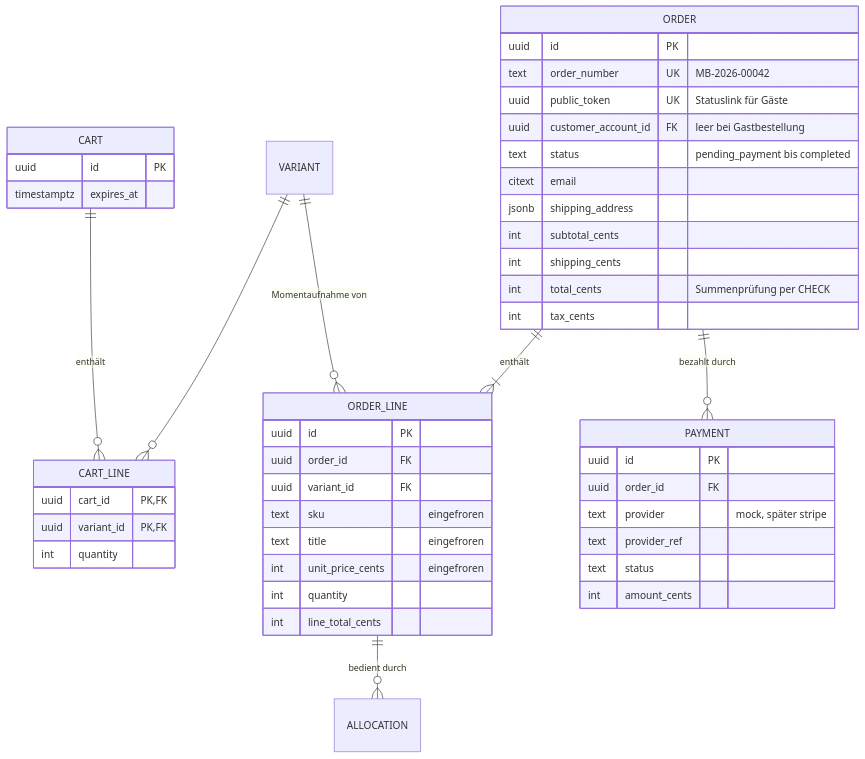
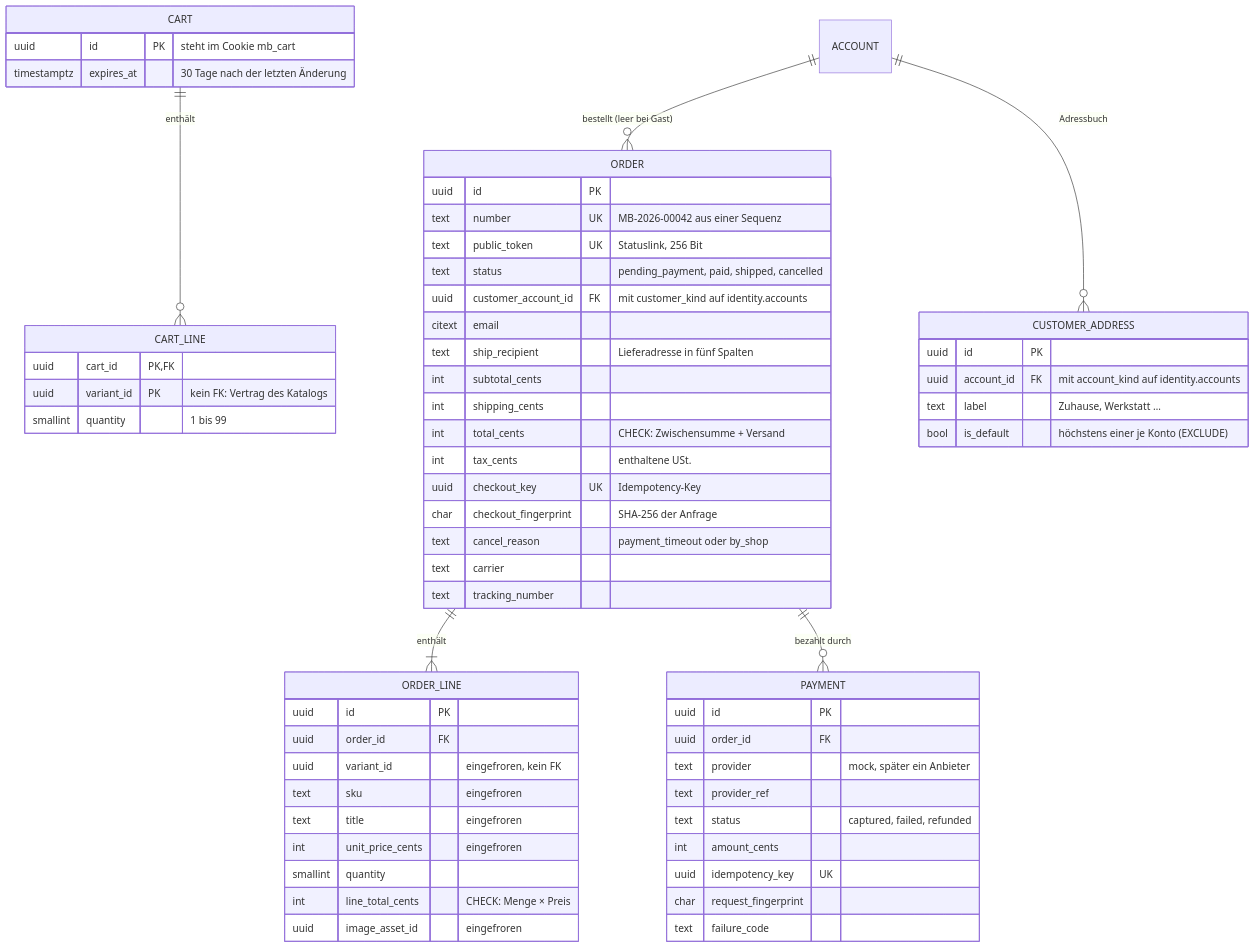
One commit to nelebolsewig-droid/modellbahn-shop changed the sixth of 8 diagrams in docs/KONZEPT.md. Above: the diagram before and after it, drawn with Mermaid. The commit also changed other lines of this file and 162 other files, not shown here.

````diff
--- a/docs/KONZEPT.md
+++ b/docs/KONZEPT.md
@@ -695,50 +697,64 @@
 ```mermaid
 erDiagram
     CART ||--o{ CART_LINE : "enthält"
-    VARIANT ||--o{ CART_LINE : ""
     ORDER ||--|{ ORDER_LINE : "enthält"
-    VARIANT ||--o{ ORDER_LINE : "Momentaufnahme von"
     ORDER ||--o{ PAYMENT : "bezahlt durch"
-    ORDER_LINE ||--o{ ALLOCATION : "bedient durch"
+    ACCOUNT ||--o{ ORDER : "bestellt (leer bei Gast)"
+    ACCOUNT ||--o{ CUSTOMER_ADDRESS : "Adressbuch"
 
     CART {
-        uuid id PK
-        timestamptz expires_at
+        uuid id PK "steht im Cookie mb_cart"
+        timestamptz expires_at "30 Tage nach der letzten Änderung"
     }
     CART_LINE {
         uuid cart_id PK, FK
-        uuid variant_id PK, FK
-        int quantity
+        uuid variant_id PK "kein FK: Vertrag des Katalogs"
+        smallint quantity "1 bis 99"
     }
     ORDER {
         uuid id PK
-        text order_number UK "MB-2026-00042"
-        uuid public_token UK "Statuslink für Gäste"
-        uuid customer_account_id FK "leer bei Gastbestellung"
-        text status "pending_payment bis completed"
+        text number UK "MB-2026-00042 aus einer Sequenz"
+        text public_token UK "Statuslink, 256 Bit"
+        text status "pending_payment, paid, shipped, cancelled"
+        uuid customer_account_id FK "mit customer_kind auf identity.accounts"
         citext email
-        jsonb shipping_address
+        text ship_recipient "Lieferadresse in fünf Spalten"
         int subtotal_cents
         int shipping_cents
-        int total_cents "Summenprüfung per CHECK"
-        int tax_cents
+        int total_cents "CHECK: Zwischensumme + Versand"
+        int tax_cents "enthaltene USt."
+        uuid checkout_key UK "Idempotency-Key"
+        char checkout_fingerprint "SHA-256 der Anfrage"
+        text cancel_reason "payment_timeout oder by_shop"
+        text carrier
+        text tracking_number
     }
     ORDER_LINE {
         uuid id PK
         uuid order_id FK
-        uuid variant_id FK
+        uuid variant_id "eingefroren, kein FK"
         text sku "eingefroren"
         text title "eingefroren"
         int unit_price_cents "eingefroren"
-        int quantity
-        int line_total_cents
+        smallint quantity
+        int line_total_cents "CHECK: Menge × Preis"
+        uuid image_asset_id "eingefroren"
     }
     PAYMENT {
         uuid id PK
         uuid order_id FK
-        text provider "mock, später stripe"
+        text provider "mock, später ein Anbieter"
         text provider_ref
-        text status
+        text status "captured, failed, refunded"
         int amount_cents
+        uuid idempotency_key UK
+        char request_fingerprint
+        text failure_code
+    }
+    CUSTOMER_ADDRESS {
+        uuid id PK
+        uuid account_id FK "mit account_kind auf identity.accounts"
+        text label "Zuhause, Werkstatt …"
+        bool is_default "höchstens einer je Konto (EXCLUDE)"
     }
 ```
````
